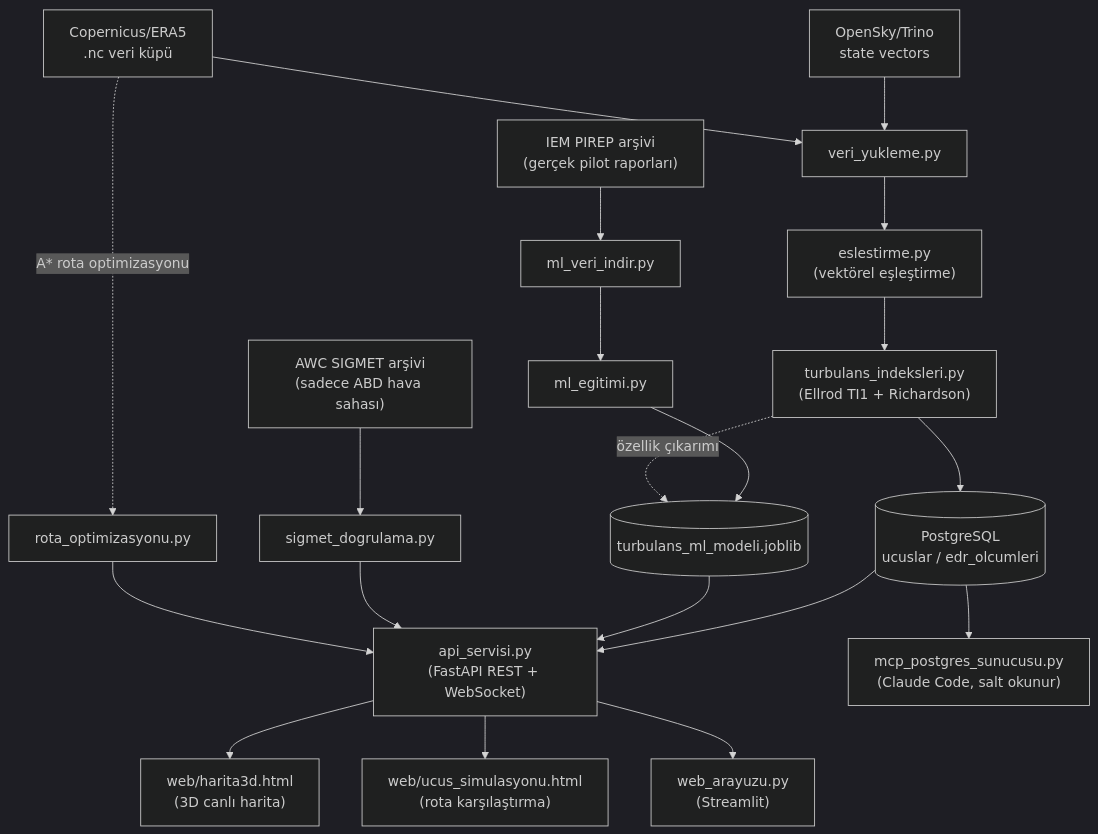
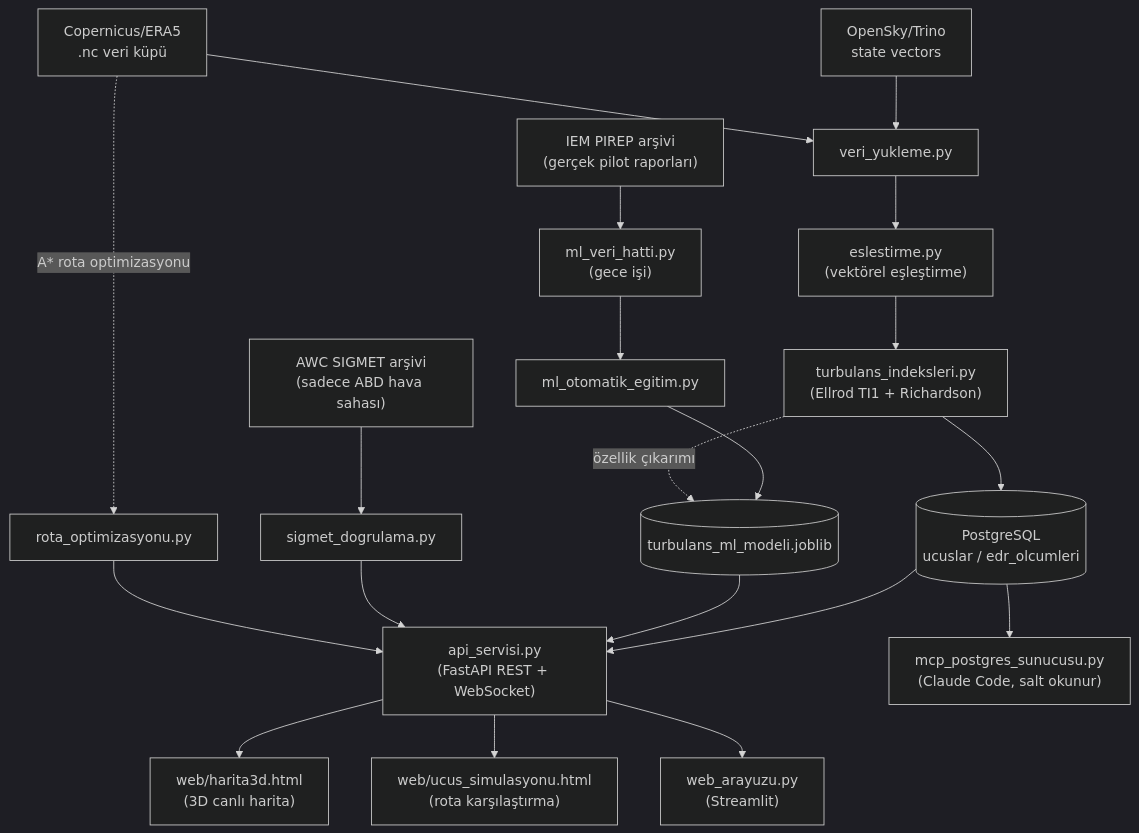
The diagram in README.md (TevfikUner/RadarFirst-V2), drawn with Mermaid (dark theme) before and after one commit. The commit also changed other lines of this file and 11 other files, not shown here.

Commit message:
Kullanım dışı ml_veri_indir ve pirep_kalibrasyon_verisi_uret silindi; sahipsiz 3 CLI komut olarak kaydedildi

````diff
--- a/README.md
+++ b/README.md
@@ -115,21 +115,21 @@
 ```mermaid
 flowchart TB
     OS["OpenSky/Trino<br/>state vectors"] --> VY["veri_yukleme.py"]
     ERA5["Copernicus/ERA5<br/>.nc veri küpü"] --> VY
     VY --> ES["eslestirme.py<br/>(vektörel eşleştirme)"]
     ES --> TI["turbulans_indeksleri.py<br/>(Ellrod TI1 + Richardson)"]
 
-    PIREP["IEM PIREP arşivi<br/>(gerçek pilot raporları)"] --> MLV["ml_veri_indir.py"] --> MLE["ml_egitimi.py"] --> MODEL[("turbulans_ml_modeli.joblib")]
+    PIREP["IEM PIREP arşivi<br/>(gerçek pilot raporları)"] --> MLV["ml_veri_hatti.py<br/>(gece işi)"] --> MLE["ml_otomatik_egitim.py"] --> MODEL[("turbulans_ml_modeli.joblib")]
     TI -.->|"özellik çıkarımı"| MODEL
 
     TI --> DB[("PostgreSQL<br/>ucuslar / edr_olcumleri")]
     DB --> API["api_servisi.py<br/>(FastAPI REST + WebSocket)"]
     MODEL --> API
     SIGMET["AWC SIGMET arşivi<br/>(sadece ABD hava sahası)"] --> SD["sigmet_dogrulama.py"] --> API
     ERA5 -.->|"A* rota optimizasyonu"| RO["rota_optimizasyonu.py"] --> API
 
     API --> H3D["web/harita3d.html<br/>(3D canlı harita)"]
     API --> SIM["web/ucus_simulasyonu.html<br/>(rota karşılaştırma)"]
     API --> ST["web_arayuzu.py<br/>(Streamlit)"]
     DB --> MCP["mcp_postgres_sunucusu.py<br/>(Claude Code, salt okunur)"]
 ```
````
